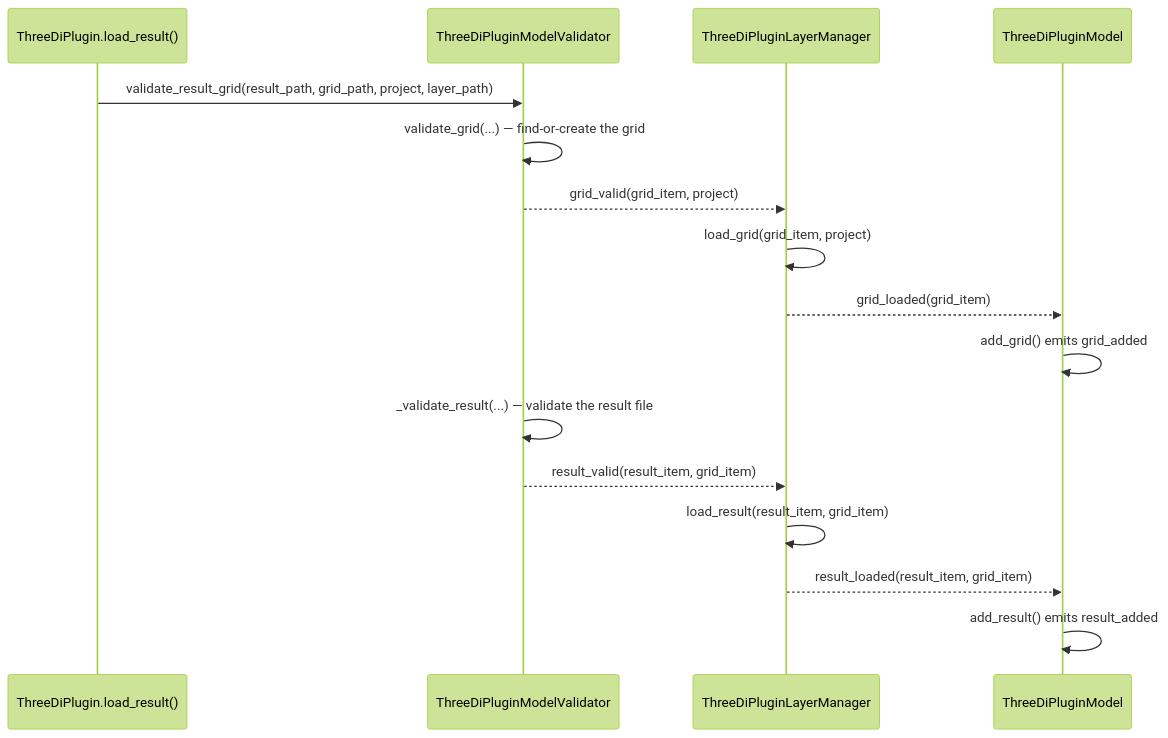
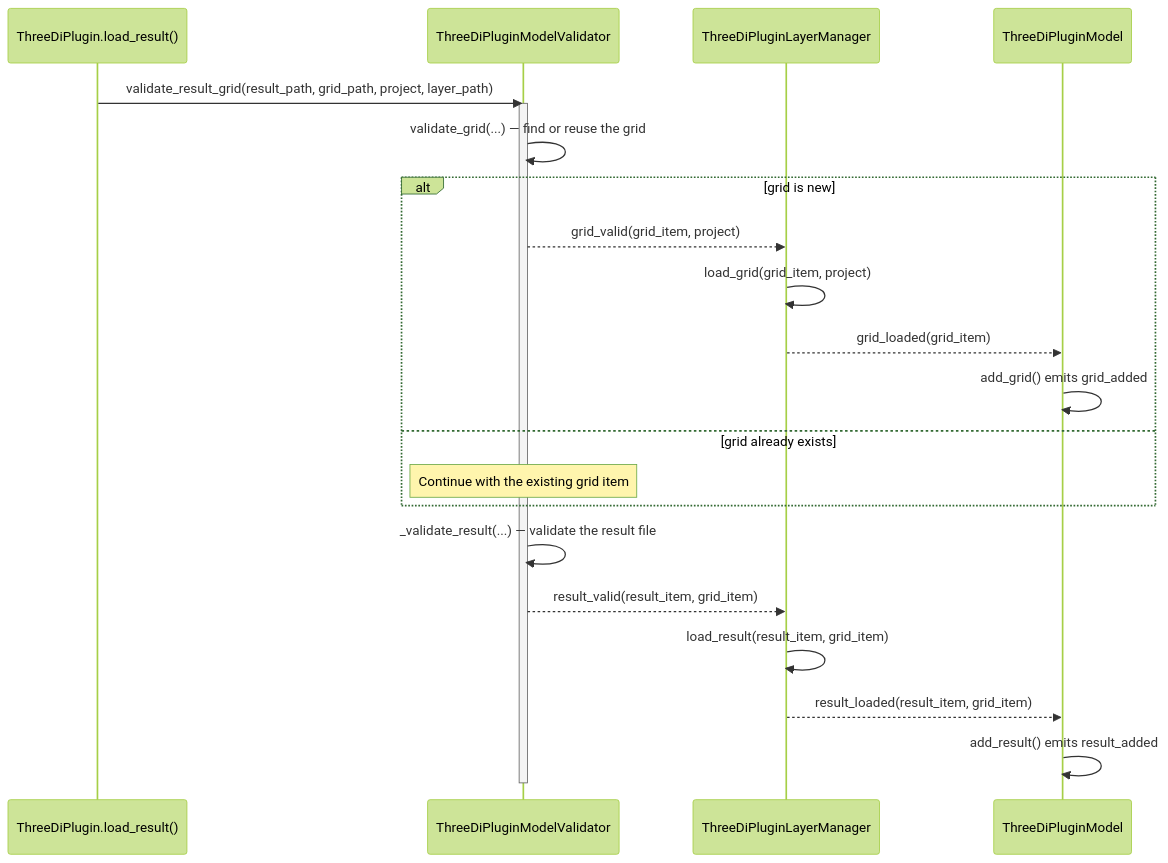
One commit to nens/threedi-results-analysis changed the first of 5 diagrams in doc/result_loading_and_layer_isolation.md. Above: the diagram before and after it, drawn with Mermaid (forest theme). The commit also changed other lines of this file, not shown here.

Commit message:
Clarify result loading overview

````diff
--- a/doc/result_loading_and_layer_isolation.md
+++ b/doc/result_loading_and_layer_isolation.md
@@ -11,19 +14,25 @@
 ```mermaid
 sequenceDiagram
     participant Caller as ThreeDiPlugin.load_result()
     participant Validator as ThreeDiPluginModelValidator
     participant Loader as ThreeDiPluginLayerManager
     participant Model as ThreeDiPluginModel
 
     Caller->>Validator: validate_result_grid(result_path, grid_path, project, layer_path)
-    Validator->>Validator: validate_grid(...) — find-or-create the grid
-    Validator-->>Loader: grid_valid(grid_item, project)
-    Loader->>Loader: load_grid(grid_item, project)
-    Loader-->>Model: grid_loaded(grid_item)
-    Model->>Model: add_grid() emits grid_added
+    activate Validator
+    Validator->>Validator: validate_grid(...) — find or reuse the grid
+    alt grid is new
+        Validator-->>Loader: grid_valid(grid_item, project)
+        Loader->>Loader: load_grid(grid_item, project)
+        Loader-->>Model: grid_loaded(grid_item)
+        Model->>Model: add_grid() emits grid_added
+    else grid already exists
+        Note over Validator: Continue with the existing grid item
+    end
     Validator->>Validator: _validate_result(...) — validate the result file
     Validator-->>Loader: result_valid(result_item, grid_item)
     Loader->>Loader: load_result(result_item, grid_item)
     Loader-->>Model: result_loaded(result_item, grid_item)
     Model->>Model: add_result() emits result_added
+    deactivate Validator
 ```
````
